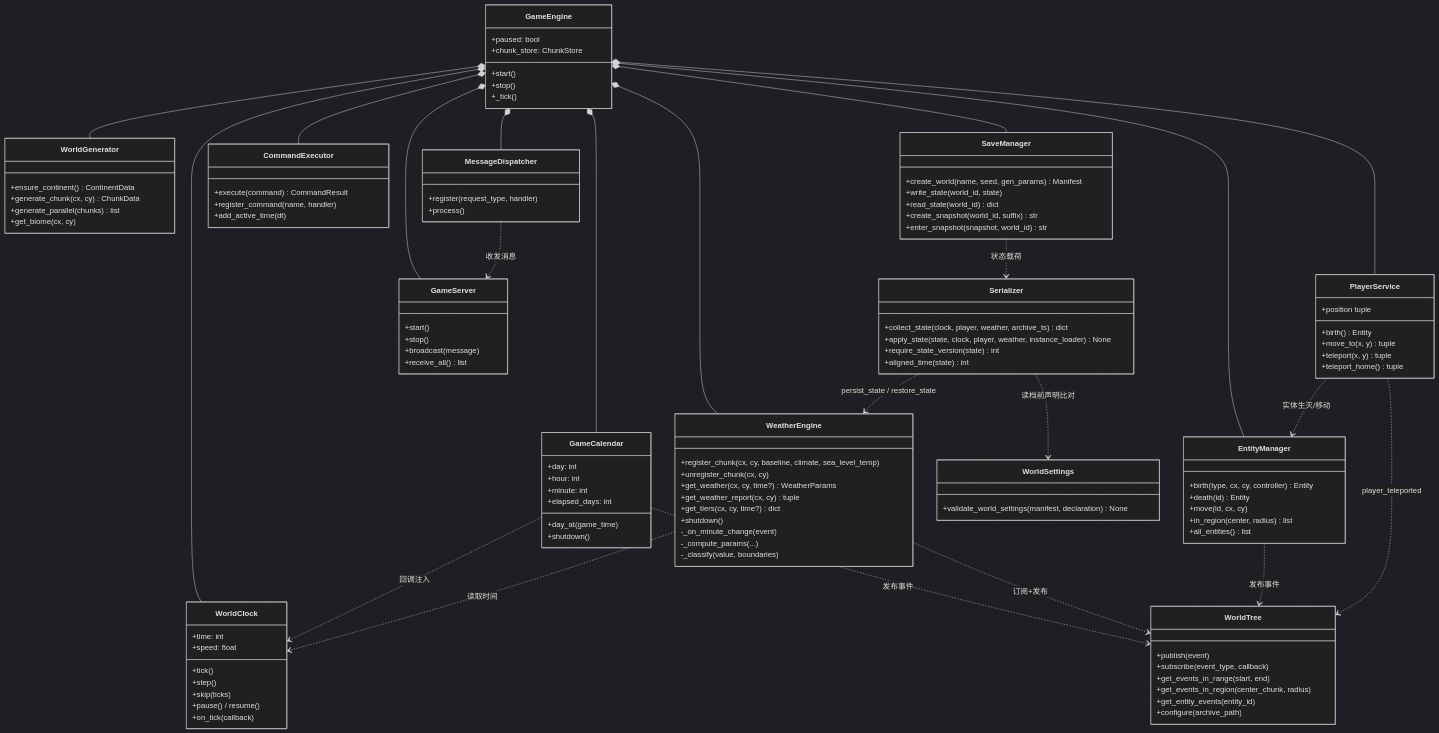
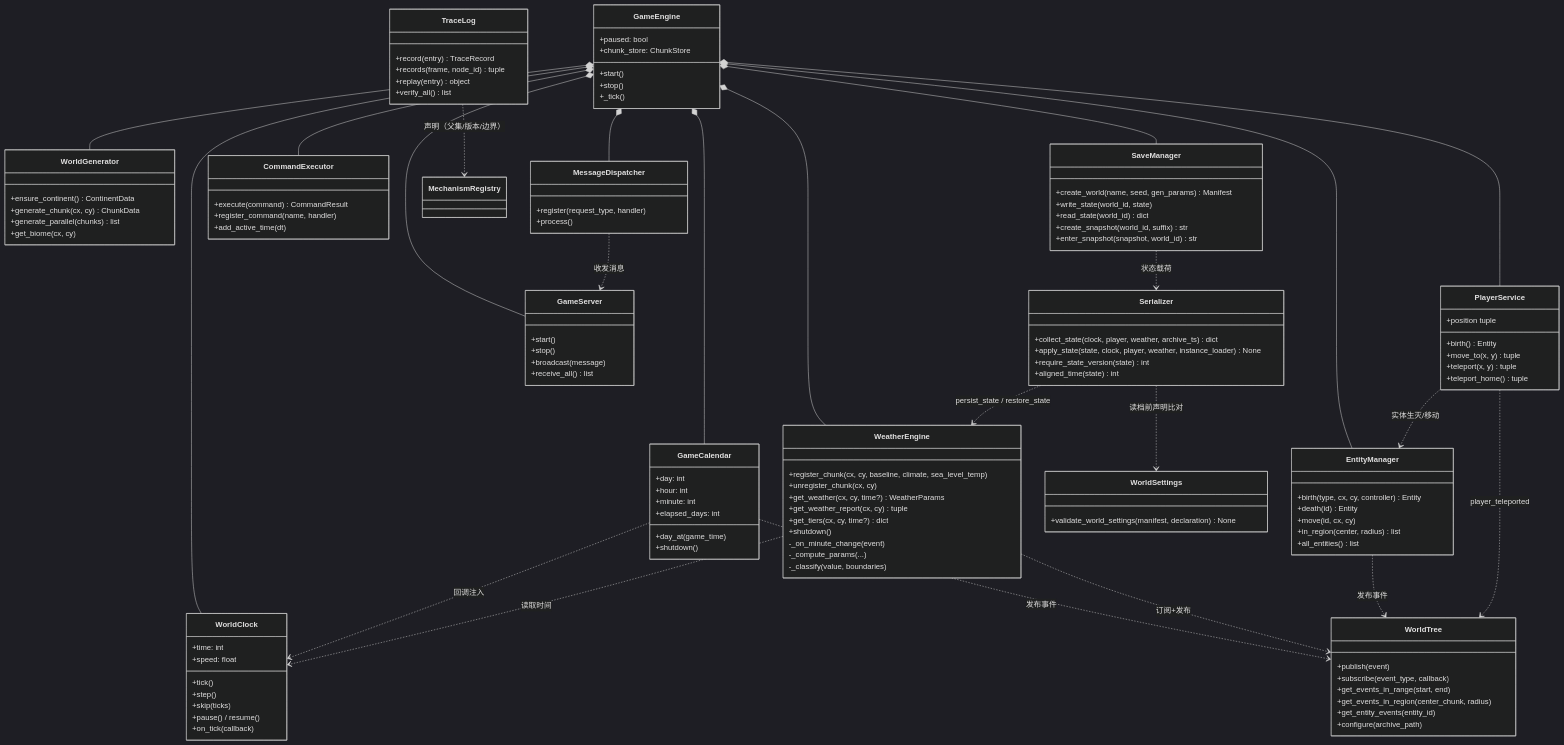
One commit to Jedidiah-Zhang/Ascend changed the sixth of 6 diagrams in docs/diagrams/architecture.md. Above: the diagram before and after it, drawn with Mermaid (dark theme). The commit also changed other lines of this file and 19 other files, not shown here.

```diff
--- a/docs/diagrams/architecture.md
+++ b/docs/diagrams/architecture.md
@@ -302,6 +305,13 @@
         +validate_world_settings(manifest, declaration) None
     }
 
+    class TraceLog {
+        +record(entry) TraceRecord
+        +records(frame, node_id) tuple
+        +replay(entry) object
+        +verify_all() list
+    }
+
     GameEngine *-- WorldClock
     GameEngine *-- GameCalendar
     GameEngine *-- WorldGenerator
@@ -321,6 +331,7 @@
     PlayerService ..> EntityManager : 实体生灭/移动
     PlayerService ..> WorldTree : player_teleported
     MessageDispatcher ..> GameServer : 收发消息
+    TraceLog ..> MechanismRegistry : 声明（父集/版本/边界）
     SaveManager ..> Serializer : 状态载荷
     Serializer ..> WeatherEngine : persist_state / restore_state
     Serializer ..> WorldSettings : 读档前声明比对
```
